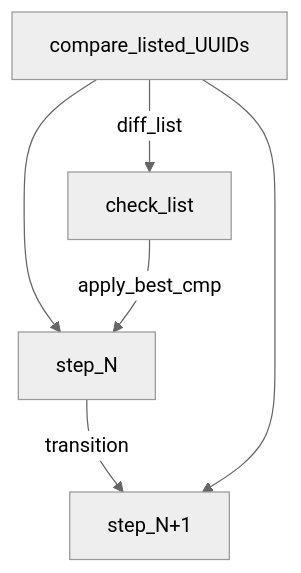
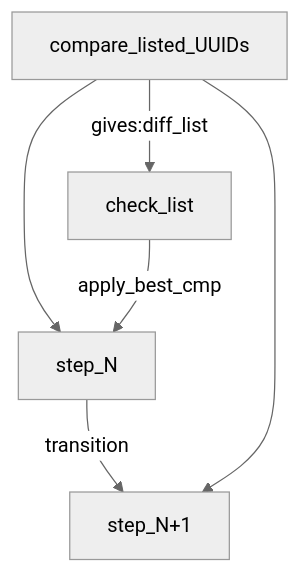
The second of 3 diagrams in test/testing2.md (MBcode/ec), drawn with Mermaid (neutral theme) before and after one commit. The commit also changed other lines of this file, not shown here.

Commit message:
..test info needed will be more simple

````diff
--- a/test/testing2.md
+++ b/test/testing2.md
@@ -107,8 +108,8 @@
 ```mermaid
 flowchart TD
 N[step_N] --transition--> N1[step_N+1]
 CMP[compare_listed_UUIDs] --> N
 CMP --> N1
-CMP -- diff_list --> CL[check_list]
+CMP -- gives:diff_list --> CL[check_list]
 CL -- apply_best_cmp --> N
 ```
````
